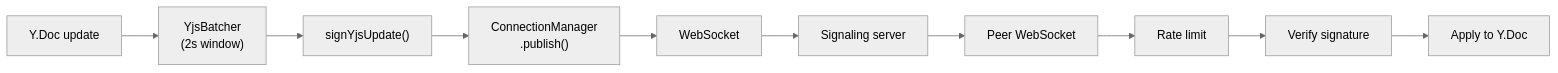
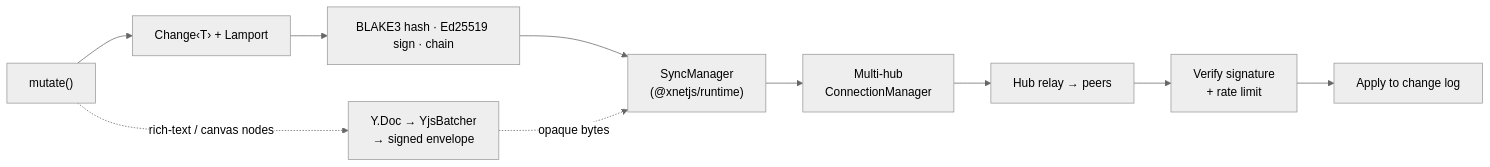
Before and after one commit to crs48/xNet: the third of 3 diagrams in site/src/content/docs/docs/architecture/overview.mdx, drawn with Mermaid (neutral theme). The commit also changed other lines of this file and 2 other files, not shown here.

Commit message:
docs(architecture): correct sync-path and add runtime layer to arch pages
The overview Sync path implied Yjs was the sync substrate; redraw it around
the signed Change<T> kernel with Yjs as a document-codec branch, and insert the
@xnetjs/runtime layer. The package graph omitted @xnetjs/runtime and attributed
SyncManager/NodePool/MetaBridge to @xnetjs/react; move that prose to runtime and
mark react a thin binding.

````diff
--- a/site/src/content/docs/docs/architecture/overview.mdx
+++ b/site/src/content/docs/docs/architecture/overview.mdx
@@ -92,12 +101,12 @@
 ```mermaid
 flowchart LR
-  A["Y.Doc update"] --> B["YjsBatcher\n(2s window)"]
-  B --> C["signYjsUpdate()"]
-  C --> D["ConnectionManager\n.publish()"]
-  D --> E["WebSocket"]
-  E --> F["Signaling server"]
-  F --> G["Peer WebSocket"]
-  G --> H["Rate limit"]
-  H --> I["Verify signature"]
-  I --> J["Apply to Y.Doc"]
+  A["mutate()"] --> B["Change‹T› + Lamport"]
+  B --> C["BLAKE3 hash · Ed25519 sign · chain"]
+  C --> D["SyncManager\n(@xnetjs/runtime)"]
+  D --> E["Multi-hub\nConnectionManager"]
+  E --> F["Hub relay → peers"]
+  F --> G["Verify signature\n+ rate limit"]
+  G --> H["Apply to change log"]
+  A -. "rich-text / canvas nodes" .-> Y["Y.Doc → YjsBatcher\n→ signed envelope"]
+  Y -. "opaque bytes" .-> D
 ```
````
